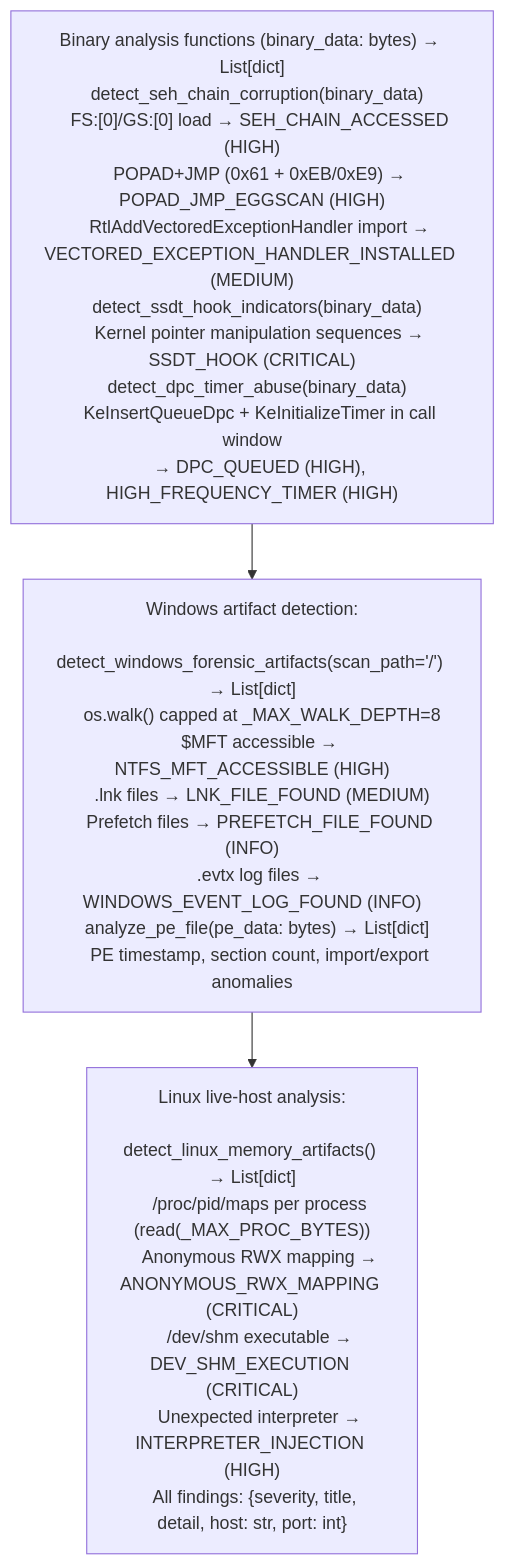
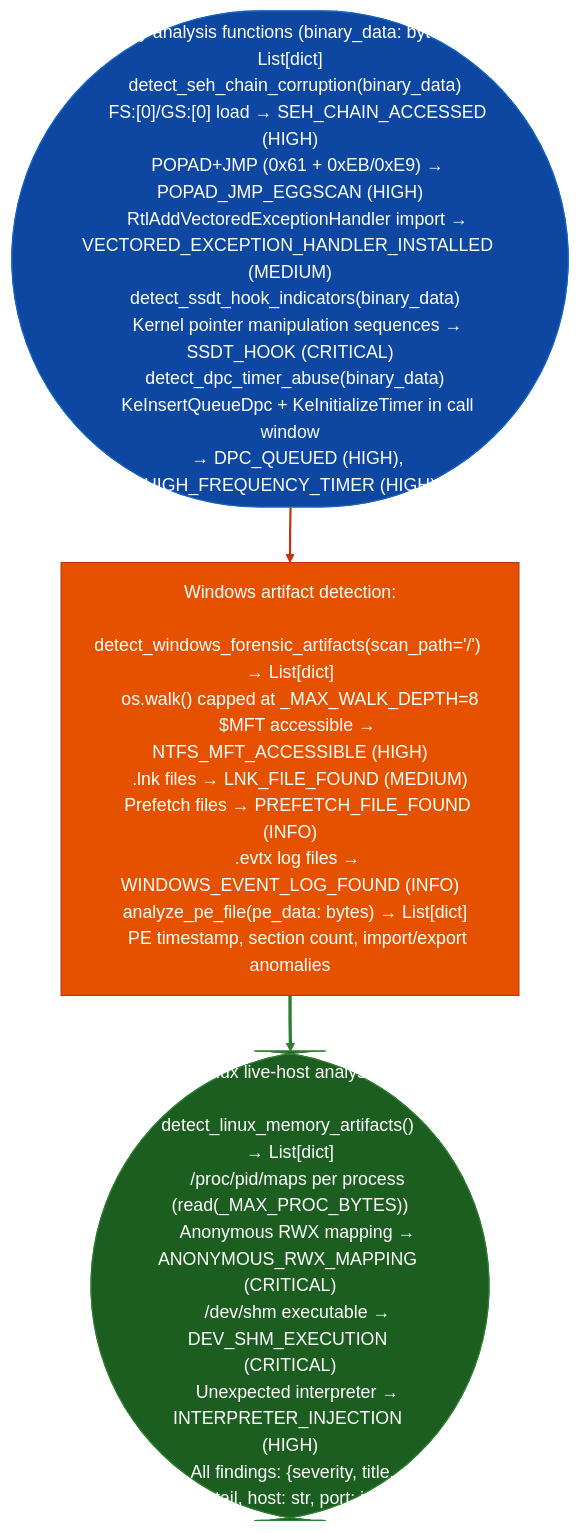
One commit to Ablation-Tool/ablation changed the diagram in docs/reference-modules/forensics-enum.md. Above: the diagram before and after it, drawn with Mermaid. The commit also changed 320 other files, not shown here.

First line of the commit message:
docs: apply canonical Mermaid template to all 321 diagrams

````diff
--- a/docs/reference-modules/forensics-enum.md
+++ b/docs/reference-modules/forensics-enum.md
@@ -28,6 +28,14 @@
 ```mermaid
 flowchart TD
-    A["Binary analysis functions (binary_data: bytes) → List[dict]\n  detect_seh_chain_corruption(binary_data)\n    FS:[0]/GS:[0] load → SEH_CHAIN_ACCESSED (HIGH)\n    POPAD+JMP (0x61 + 0xEB/0xE9) → POPAD_JMP_EGGSCAN (HIGH)\n    RtlAddVectoredExceptionHandler import → VECTORED_EXCEPTION_HANDLER_INSTALLED (MEDIUM)\n  detect_ssdt_hook_indicators(binary_data)\n    Kernel pointer manipulation sequences → SSDT_HOOK (CRITICAL)\n  detect_dpc_timer_abuse(binary_data)\n    KeInsertQueueDpc + KeInitializeTimer in call window\n    → DPC_QUEUED (HIGH), HIGH_FREQUENCY_TIMER (HIGH)"]
-    A --> B["Windows artifact detection:\n  detect_windows_forensic_artifacts(scan_path='/') → List[dict]\n    os.walk() capped at _MAX_WALK_DEPTH=8\n    $MFT accessible → NTFS_MFT_ACCESSIBLE (HIGH)\n    .lnk files → LNK_FILE_FOUND (MEDIUM)\n    Prefetch files → PREFETCH_FILE_FOUND (INFO)\n    .evtx log files → WINDOWS_EVENT_LOG_FOUND (INFO)\n  analyze_pe_file(pe_data: bytes) → List[dict]\n    PE timestamp, section count, import/export anomalies"]
-    B --> C["Linux live-host analysis:\n  detect_linux_memory_artifacts() → List[dict]\n    /proc/pid/maps per process (read(_MAX_PROC_BYTES))\n    Anonymous RWX mapping → ANONYMOUS_RWX_MAPPING (CRITICAL)\n    /dev/shm executable → DEV_SHM_EXECUTION (CRITICAL)\n    Unexpected interpreter → INTERPRETER_INJECTION (HIGH)\n  All findings: {severity, title, detail, host: str, port: int}"]
+    A(["Binary analysis functions (binary_data: bytes) → List[dict]\n  detect_seh_chain_corruption(binary_data)\n    FS:[0]/GS:[0] load → SEH_CHAIN_ACCESSED (HIGH)\n    POPAD+JMP (0x61 + 0xEB/0xE9) → POPAD_JMP_EGGSCAN (HIGH)\n    RtlAddVectoredExceptionHandler import → VECTORED_EXCEPTION_HANDLER_INSTALLED (MEDIUM)\n  detect_ssdt_hook_indicators(binary_data)\n    Kernel pointer manipulation sequences → SSDT_HOOK (CRITICAL)\n  detect_dpc_timer_abuse(binary_data)\n    KeInsertQueueDpc + KeInitializeTimer in call window\n    → DPC_QUEUED (HIGH), HIGH_FREQUENCY_TIMER (HIGH)"]):::input
+    A:::input --> B["Windows artifact detection:\n  detect_windows_forensic_artifacts(scan_path='/') → List[dict]\n    os.walk() capped at _MAX_WALK_DEPTH=8\n    $MFT accessible → NTFS_MFT_ACCESSIBLE (HIGH)\n    .lnk files → LNK_FILE_FOUND (MEDIUM)\n    Prefetch files → PREFETCH_FILE_FOUND (INFO)\n    .evtx log files → WINDOWS_EVENT_LOG_FOUND (INFO)\n  analyze_pe_file(pe_data: bytes) → List[dict]\n    PE timestamp, section count, import/export anomalies"]:::primary
+    B:::primary --> C(["Linux live-host analysis:\n  detect_linux_memory_artifacts() → List[dict]\n    /proc/pid/maps per process (read(_MAX_PROC_BYTES))\n    Anonymous RWX mapping → ANONYMOUS_RWX_MAPPING (CRITICAL)\n    /dev/shm executable → DEV_SHM_EXECUTION (CRITICAL)\n    Unexpected interpreter → INTERPRETER_INJECTION (HIGH)\n  All findings: {severity, title, detail, host: str, port: int}"]):::output
+    classDef input     fill:#0d47a1,stroke:#1565c0,color:#fff
+    classDef primary   fill:#e65100,stroke:#bf360c,color:#fff
+    classDef secondary fill:#004d40,stroke:#00695c,color:#fff
+    classDef tertiary  fill:#4a148c,stroke:#6a1b9a,color:#fff
+    classDef neutral   fill:#37474f,stroke:#546e7a,color:#fff
+    classDef output    fill:#1b5e20,stroke:#2e7d32,color:#fff
+    linkStyle 0 stroke:#bf360c,stroke-width:2px
+    linkStyle 1 stroke:#2e7d32,stroke-width:3px
 ```
````
